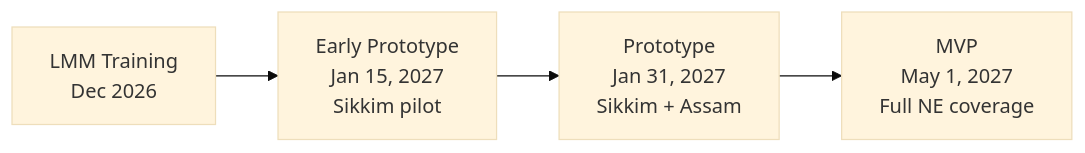
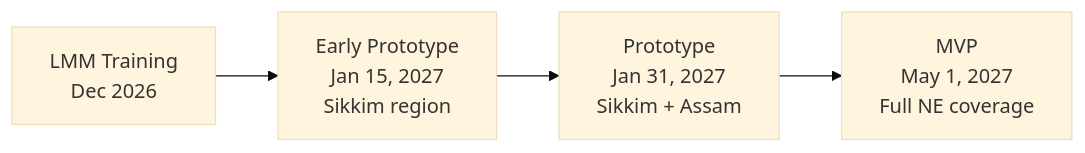
One commit to Vysh-131/LMM changed the second of 2 diagrams in README.md. Above: the diagram before and after it, drawn with Mermaid (base theme).

````diff
--- a/README.md
+++ b/README.md
@@ -206,6 +206,6 @@
 ```mermaid
 flowchart LR
-    A["LMM Training\nDec 2026"] --> B["Early Prototype\nJan 15, 2027\nSikkim pilot"]
+    A["LMM Training\nDec 2026"] --> B["Early Prototype\nJan 15, 2027\nSikkim region"]
     B --> C["Prototype\nJan 31, 2027\nSikkim + Assam"]
     C --> D["MVP\nMay 1, 2027\nFull NE coverage"]
 ```
````
